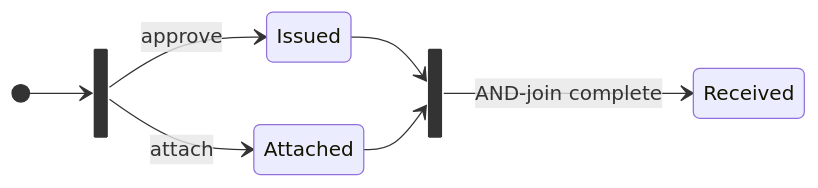
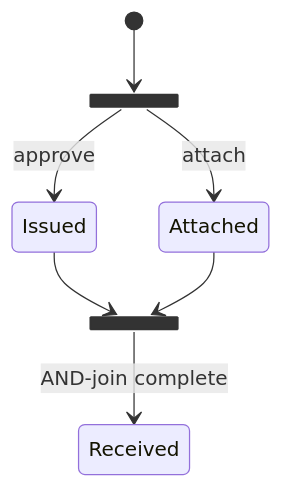
Before and after one commit to wahidyankf/baseerah: the eighth of 17 diagrams in apps/ayokoding-www/content/en/learn/software-engineering/software-architecture/finite-state-machine-fsm/in-procedural-by-example/advanced.md, drawn with Mermaid. The commit also changed other lines of this file and 88 other files, not shown here.

First line of the commit message:
fix(ayokoding-www): resolve pre-existing Mermaid violations, exclude fixtures/plans-done

````diff
--- a/apps/ayokoding-www/content/en/learn/software-engineering/software-architecture/finite-state-machine-fsm/in-procedural-by-example/advanced.md
+++ b/apps/ayokoding-www/content/en/learn/software-engineering/software-architecture/finite-state-machine-fsm/in-procedural-by-example/advanced.md
@@ -1078,12 +1077,11 @@
 ```mermaid
 stateDiagram-v2
-    direction LR
     state fork_state <<fork>>
     state join_state <<join>>
     [*] --> fork_state
     fork_state --> Issued : approve
     fork_state --> Attached : attach
     Issued --> join_state
     Attached --> join_state
     join_state --> Received : AND-join complete
 ```
````
